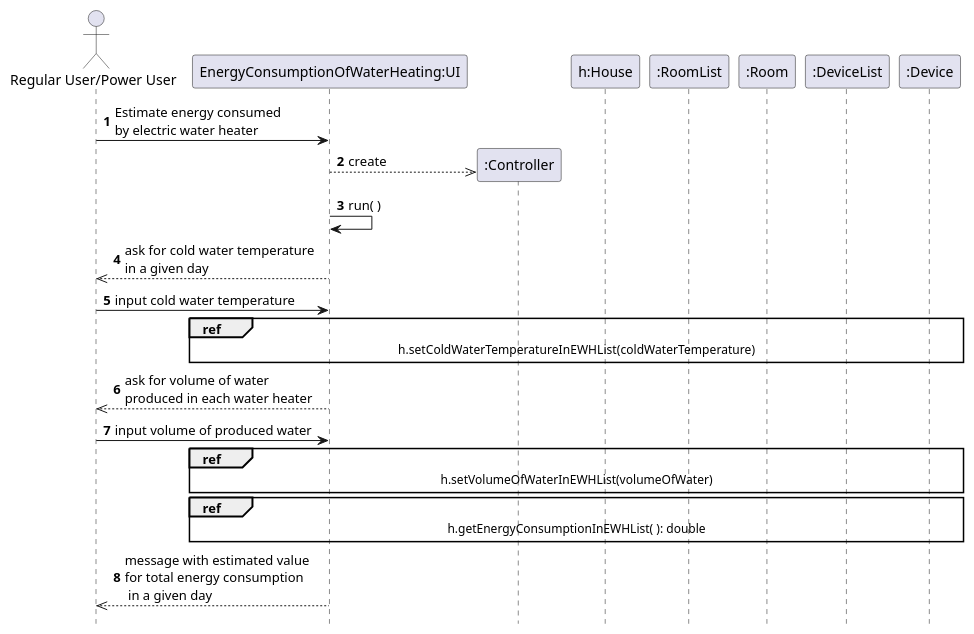
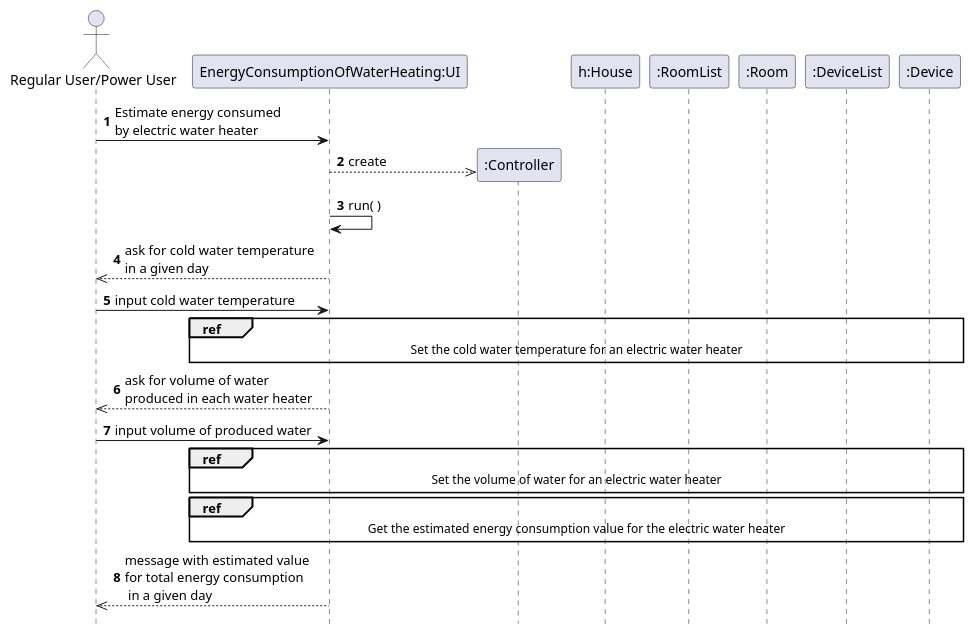
One commit to emanuel-pereira/hou changed the diagram in src/main/java/smarthome/uml/sequencediagrams/EnergyConsumptionOfWaterHeatingSequence.puml. Above: the diagram before and after it, drawn with PlantUML. The commit also changed 7 other files, not shown here.

Commit message:
Correction of diagrams: Domain Model, EditDevice Sequence Diagram and Class Diagram, EnergyConsumptionOfWaterHeating Sequence Diagram

```diff
--- a/src/main/java/smarthome/uml/sequencediagrams/EnergyConsumptionOfWaterHeatingSequence.puml
+++ b/src/main/java/smarthome/uml/sequencediagrams/EnergyConsumptionOfWaterHeatingSequence.puml
@@ -1,43 +1,43 @@
 @startuml
 autonumber
 hidefootbox
 
 actor "Regular User/Power User"
 
 '== INITIALIZATION ==
 
 "Regular User/Power User" -> "EnergyConsumptionOfWaterHeating:UI": Estimate energy consumed\nby electric water heater
 create ":Controller"
 "EnergyConsumptionOfWaterHeating:UI" -->> ":Controller": create
 
 "EnergyConsumptionOfWaterHeating:UI" -> "EnergyConsumptionOfWaterHeating:UI": run( )
 
 
 
 '== COLD WATER TEMPERATURE ==
 
 "EnergyConsumptionOfWaterHeating:UI" -->> "Regular User/Power User": ask for cold water temperature\nin a given day
 "Regular User/Power User" -> "EnergyConsumptionOfWaterHeating:UI": input cold water temperature
-ref over "EnergyConsumptionOfWaterHeating:UI",":Controller", "h:House", ":RoomList", ":Room", ":DeviceList",":Device": h.setColdWaterTemperatureInEWHList(coldWaterTemperature)
+ref over "EnergyConsumptionOfWaterHeating:UI",":Controller", "h:House", ":RoomList", ":Room", ":DeviceList",":Device": Set the cold water temperature for an electric water heater
 
 
 '== VOLUME OF WATER PRODUCED ==
 
 "EnergyConsumptionOfWaterHeating:UI" -->> "Regular User/Power User": ask for volume of water\nproduced in each water heater
 "Regular User/Power User" -> "EnergyConsumptionOfWaterHeating:UI": input volume of produced water
-ref over "EnergyConsumptionOfWaterHeating:UI",":Controller","h:House",":RoomList",":Room",":DeviceList",":Device": h.setVolumeOfWaterInEWHList(volumeOfWater)
+ref over "EnergyConsumptionOfWaterHeating:UI",":Controller","h:House",":RoomList",":Room",":DeviceList",":Device": Set the volume of water for an electric water heater
 
 
 
 '== ENERGY CONSUMPTION ==
 
-ref over "EnergyConsumptionOfWaterHeating:UI", ":Controller","h:House",":RoomList",":Room",":DeviceList",":Device":  h.getEnergyConsumptionInEWHList( ): double
+ref over "EnergyConsumptionOfWaterHeating:UI", ":Controller","h:House",":RoomList",":Room",":DeviceList",":Device":  Get the estimated  energy consumption value for the electric water heater
 
 
 '== FINAL MESSAGE ==
 
 "EnergyConsumptionOfWaterHeating:UI" -->> "Regular User/Power User": message with estimated value\nfor total energy consumption\n in a given day
 
 
 
 @enduml
```
